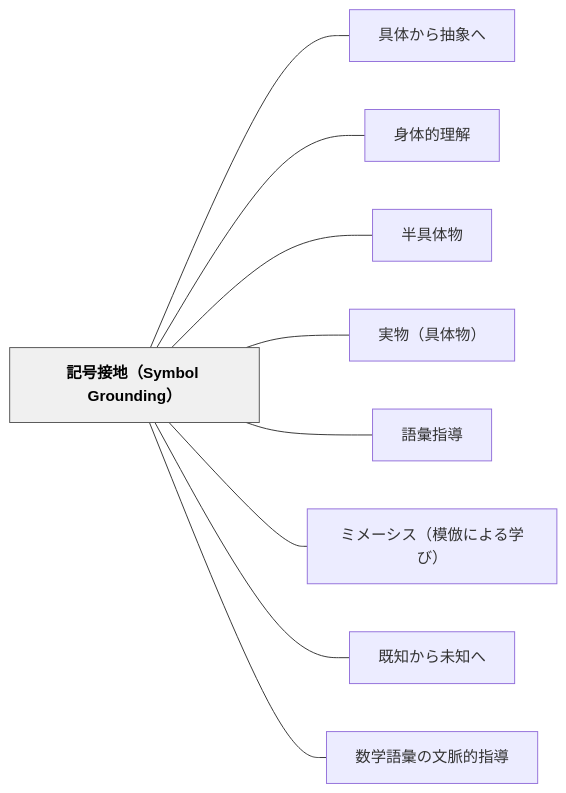
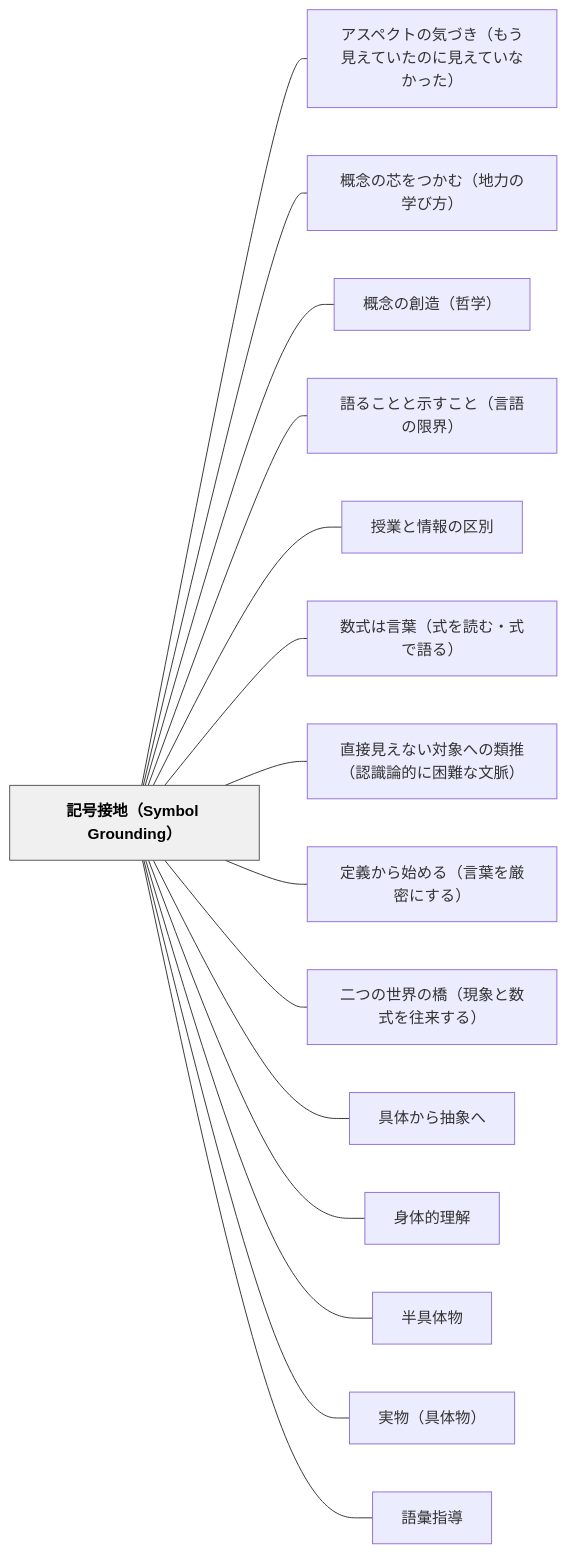
One commit to unknownthings-ed-patterns/unknownthings-ed-patterns changed the diagram in content/パタン/記号接地（Symbol Grounding）.md. Above: the diagram before and after it, drawn with Mermaid. The commit also changed other lines of this file and 185 other files, not shown here.

````diff
--- a/content/パタン/記号接地（Symbol Grounding）.md
+++ b/content/パタン/記号接地（Symbol Grounding）.md
@@ -223,24 +232,36 @@
 ```mermaid
 flowchart LR
     ne8a898e58fb7e68ea5e59cb0efbc8853796d626f6c2047726f756e64696e67efbc89["記号接地（Symbol Grounding）"]
+    ne382a2e382b9e3839ae382afe38388e381aee6b097e381a5e3818defbc88e38282e38186e8a68be38188e381a6e38184e3819fe381aee381abe8a68be38188e381a6e38184e381aae3818be381a3e3819fefbc89["アスペクトの気づき（もう見えていたのに見えていなかった）"]
+    ne6a682e5bfb5e381aee88aafe38292e381a4e3818be38280efbc88e59cb0e58a9be381aee5ada6e381b3e696b9efbc89["概念の芯をつかむ（地力の学び方）"]
+    ne6a682e5bfb5e381aee589b5e980a0efbc88e593b2e5ada6efbc89["概念の創造（哲学）"]
+    ne8aa9ee3828be38193e381a8e381a8e7a4bae38199e38193e381a8efbc88e8a880e8aa9ee381aee99990e7958cefbc89["語ることと示すこと（言語の限界）"]
+    ne68e88e6a5ade381a8e68385e5a0b1e381aee58cbae588a5["授業と情報の区別"]
+    ne695b0e5bc8fe381afe8a880e89189efbc88e5bc8fe38292e8aaade38280e383bbe5bc8fe381a7e8aa9ee3828befbc89["数式は言葉（式を読む・式で語る）"]
+    ne79bb4e68ea5e8a68be38188e381aae38184e5afbee8b1a1e381b8e381aee9a19ee68ea8efbc88e8aa8de8ad98e8ab96e79a84e381abe59bb0e99ba3e381aae69687e88488efbc89["直接見えない対象への類推（認識論的に困難な文脈）"]
+    ne5ae9ae7bea9e3818be38289e5a78be38281e3828befbc88e8a880e89189e38292e58eb3e5af86e381abe38199e3828befbc89["定義から始める（言葉を厳密にする）"]
+    ne4ba8ce381a4e381aee4b896e7958ce381aee6a98befbc88e78fbee8b1a1e381a8e695b0e5bc8fe38292e5be80e69da5e38199e3828befbc89["二つの世界の橋（現象と数式を往来する）"]
     ne585b7e4bd93e3818be38289e68abde8b1a1e381b8["具体から抽象へ"]
     ne8baabe4bd93e79a84e79086e8a7a3["身体的理解"]
     ne58d8ae585b7e4bd93e789a9["半具体物"]
     ne5ae9fe789a9efbc88e585b7e4bd93e789a9efbc89["実物（具体物）"]
     ne8aa9ee5bd99e68c87e5b08e["語彙指導"]
-    ne3839fe383a1e383bce382b7e382b9efbc88e6a8a1e580a3e381abe38288e3828be5ada6e381b3efbc89["ミメーシス（模倣による学び）"]
-    ne697a2e79fa5e3818be38289e69caae79fa5e381b8["既知から未知へ"]
-    ne695b0e5ada6e8aa9ee5bd99e381aee69687e88488e79a84e68c87e5b08e["数学語彙の文脈的指導"]
 
+    ne8a898e58fb7e68ea5e59cb0efbc8853796d626f6c2047726f756e64696e67efbc89 --- ne382a2e382b9e3839ae382afe38388e381aee6b097e381a5e3818defbc88e38282e38186e8a68be38188e381a6e38184e3819fe381aee381abe8a68be38188e381a6e38184e381aae3818be381a3e3819fefbc89
+    ne8a898e58fb7e68ea5e59cb0efbc8853796d626f6c2047726f756e64696e67efbc89 --- ne6a682e5bfb5e381aee88aafe38292e381a4e3818be38280efbc88e59cb0e58a9be381aee5ada6e381b3e696b9efbc89
+    ne8a898e58fb7e68ea5e59cb0efbc8853796d626f6c2047726f756e64696e67efbc89 --- ne6a682e5bfb5e381aee589b5e980a0efbc88e593b2e5ada6efbc89
+    ne8a898e58fb7e68ea5e59cb0efbc8853796d626f6c2047726f756e64696e67efbc89 --- ne8aa9ee3828be38193e381a8e381a8e7a4bae38199e38193e381a8efbc88e8a880e8aa9ee381aee99990e7958cefbc89
+    ne8a898e58fb7e68ea5e59cb0efbc8853796d626f6c2047726f756e64696e67efbc89 --- ne68e88e6a5ade381a8e68385e5a0b1e381aee58cbae588a5
+    ne8a898e58fb7e68ea5e59cb0efbc8853796d626f6c2047726f756e64696e67efbc89 --- ne695b0e5bc8fe381afe8a880e89189efbc88e5bc8fe38292e8aaade38280e383bbe5bc8fe381a7e8aa9ee3828befbc89
+    ne8a898e58fb7e68ea5e59cb0efbc8853796d626f6c2047726f756e64696e67efbc89 --- ne79bb4e68ea5e8a68be38188e381aae38184e5afbee8b1a1e381b8e381aee9a19ee68ea8efbc88e8aa8de8ad98e8ab96e79a84e381abe59bb0e99ba3e381aae69687e88488efbc89
+    ne8a898e58fb7e68ea5e59cb0efbc8853796d626f6c2047726f756e64696e67efbc89 --- ne5ae9ae7bea9e3818be38289e5a78be38281e3828befbc88e8a880e89189e38292e58eb3e5af86e381abe38199e3828befbc89
+    ne8a898e58fb7e68ea5e59cb0efbc8853796d626f6c2047726f756e64696e67efbc89 --- ne4ba8ce381a4e381aee4b896e7958ce381aee6a98befbc88e78fbee8b1a1e381a8e695b0e5bc8fe38292e5be80e69da5e38199e3828befbc89
     ne8a898e58fb7e68ea5e59cb0efbc8853796d626f6c2047726f756e64696e67efbc89 --- ne585b7e4bd93e3818be38289e68abde8b1a1e381b8
     ne8a898e58fb7e68ea5e59cb0efbc8853796d626f6c2047726f756e64696e67efbc89 --- ne8baabe4bd93e79a84e79086e8a7a3
     ne8a898e58fb7e68ea5e59cb0efbc8853796d626f6c2047726f756e64696e67efbc89 --- ne58d8ae585b7e4bd93e789a9
     ne8a898e58fb7e68ea5e59cb0efbc8853796d626f6c2047726f756e64696e67efbc89 --- ne5ae9fe789a9efbc88e585b7e4bd93e789a9efbc89
     ne8a898e58fb7e68ea5e59cb0efbc8853796d626f6c2047726f756e64696e67efbc89 --- ne8aa9ee5bd99e68c87e5b08e
-    ne8a898e58fb7e68ea5e59cb0efbc8853796d626f6c2047726f756e64696e67efbc89 --- ne3839fe383a1e383bce382b7e382b9efbc88e6a8a1e580a3e381abe38288e3828be5ada6e381b3efbc89
-    ne8a898e58fb7e68ea5e59cb0efbc8853796d626f6c2047726f756e64696e67efbc89 --- ne697a2e79fa5e3818be38289e69caae79fa5e381b8
-    ne8a898e58fb7e68ea5e59cb0efbc8853796d626f6c2047726f756e64696e67efbc89 --- ne695b0e5ada6e8aa9ee5bd99e381aee69687e88488e79a84e68c87e5b08e
 
     classDef hub fill:#f0f0f0,stroke:#555,color:#000,font-weight:bold
     class ne8a898e58fb7e68ea5e59cb0efbc8853796d626f6c2047726f756e64696e67efbc89 hub
 ```
````
